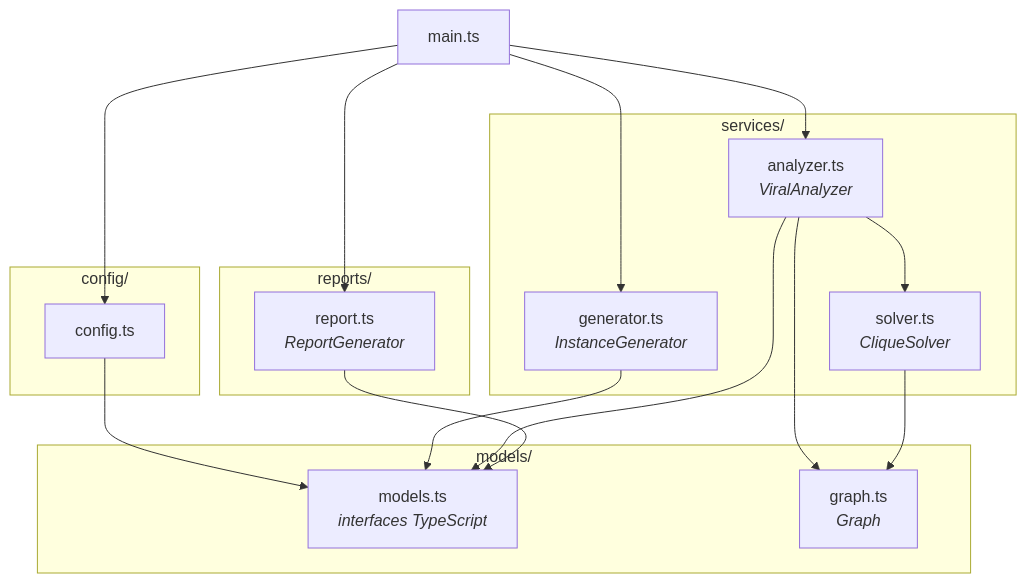
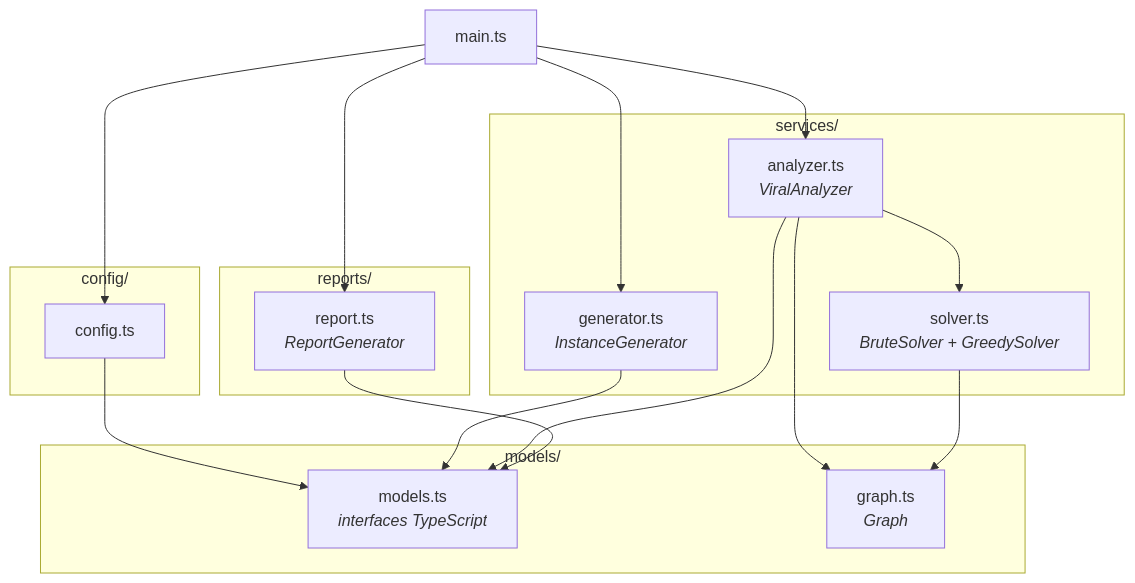
The second of 3 diagrams in README.md (pumba-dev/click-problem), drawn with Mermaid before and after one commit. The commit also changed other lines of this file and 47 other files, not shown here.

````diff
--- a/README.md
+++ b/README.md
@@ -68,36 +86,36 @@
 ```mermaid
 graph TD
     main["main.ts"]
 
     subgraph config["config/"]
         cfg["config.ts"]
     end
 
     subgraph models["models/"]
         mdl["models.ts<br/><i>interfaces TypeScript</i>"]
         gph["graph.ts<br/><i>Graph</i>"]
     end
 
     subgraph services["services/"]
         gen["generator.ts<br/><i>InstanceGenerator</i>"]
         ana["analyzer.ts<br/><i>ViralAnalyzer</i>"]
-        slv["solver.ts<br/><i>CliqueSolver</i>"]
+        slv["solver.ts<br/><i>BruteSolver + GreedySolver</i>"]
     end
 
     subgraph reports["reports/"]
         rep["report.ts<br/><i>ReportGenerator</i>"]
     end
 
     main --> cfg
     main --> gen
     main --> ana
     main --> rep
 
     cfg --> mdl
     gen --> mdl
     ana --> mdl
     ana --> slv
     ana --> gph
     slv --> gph
     rep --> mdl
 ```
````
